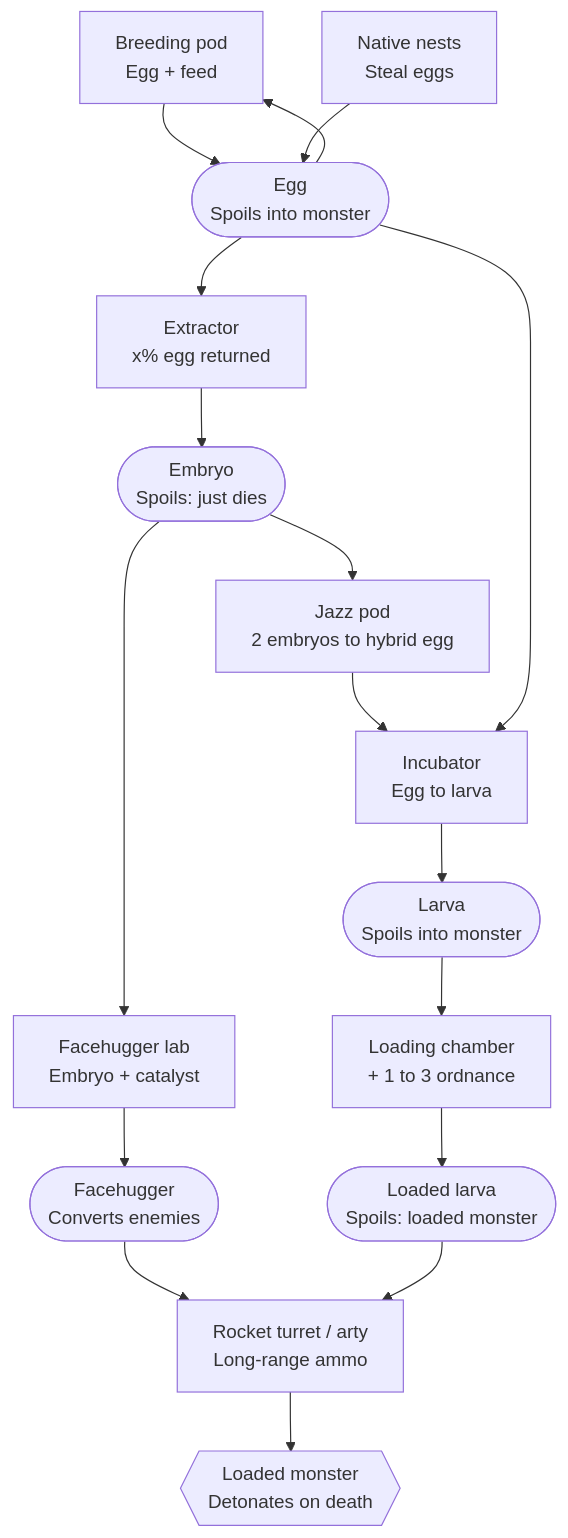
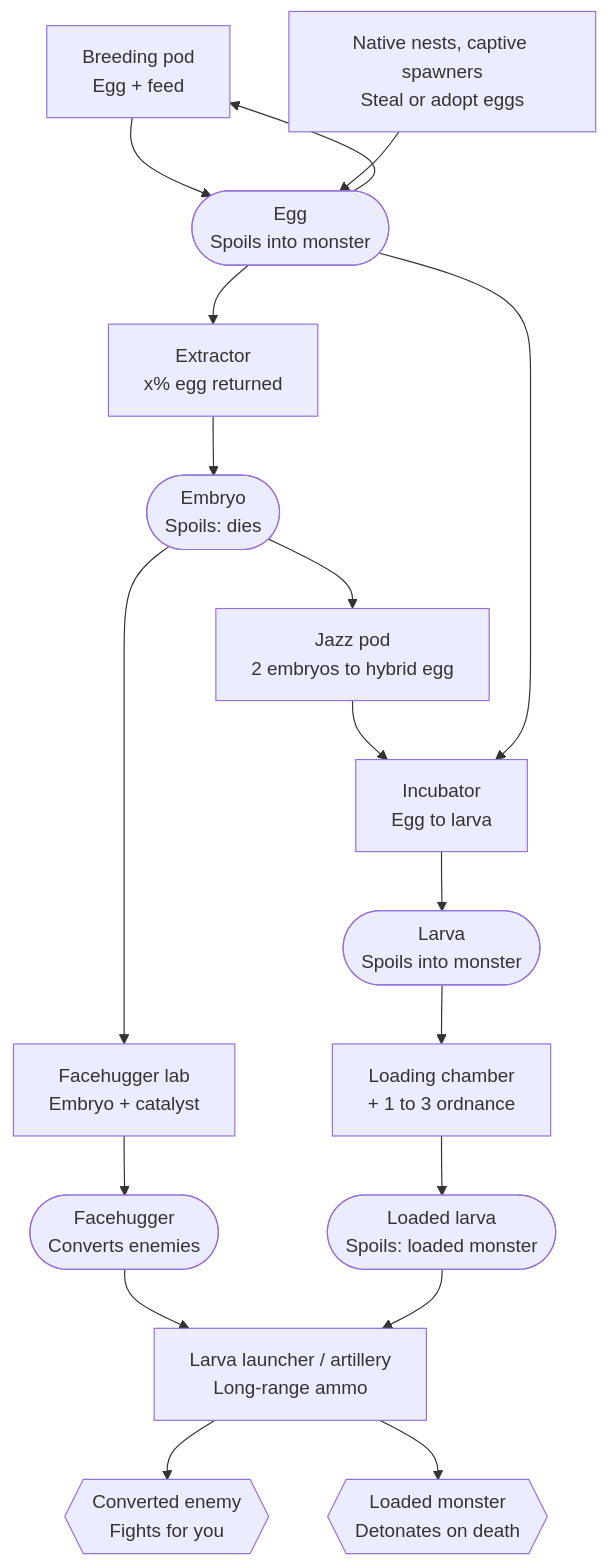
Before and after one commit to vetkat/abominable-ordnance: the first of 2 diagrams in docs/design.md, drawn with Mermaid. The commit also changed other lines of this file and 6 other files, not shown here.

````diff
--- a/docs/design.md
+++ b/docs/design.md
@@ -57,25 +70,26 @@
 ```mermaid
 flowchart TD
     pod["Breeding pod<br/>Egg + feed"]
-    nests["Native nests<br/>Steal eggs"]
+    nests["Native nests, captive spawners<br/>Steal or adopt eggs"]
     egg(["Egg<br/>Spoils into monster"])
     extractor["Extractor<br/>x% egg returned"]
-    embryo(["Embryo<br/>Spoils: just dies"])
+    embryo(["Embryo<br/>Spoils: dies"])
     jazz["Jazz pod<br/>2 embryos to hybrid egg"]
     lab["Facehugger lab<br/>Embryo + catalyst"]
     hugger(["Facehugger<br/>Converts enemies"])
     incubator["Incubator<br/>Egg to larva"]
     larva(["Larva<br/>Spoils into monster"])
     chamber["Loading chamber<br/>+ 1 to 3 ordnance"]
     loaded(["Loaded larva<br/>Spoils: loaded monster"])
-    launcher["Rocket turret / arty<br/>Long-range ammo"]
+    launcher["Larva launcher / artillery<br/>Long-range ammo"]
     monster{{"Loaded monster<br/>Detonates on death"}}
 
     pod --> egg
     egg --> pod
     nests --> egg
     egg --> extractor --> embryo
     embryo --> jazz --> incubator
-    embryo --> lab --> hugger --> launcher
+    converted{{"Converted enemy<br/>Fights for you"}}
+    embryo --> lab --> hugger --> launcher --> converted
     egg --> incubator --> larva --> chamber --> loaded --> launcher --> monster
 ```
````
